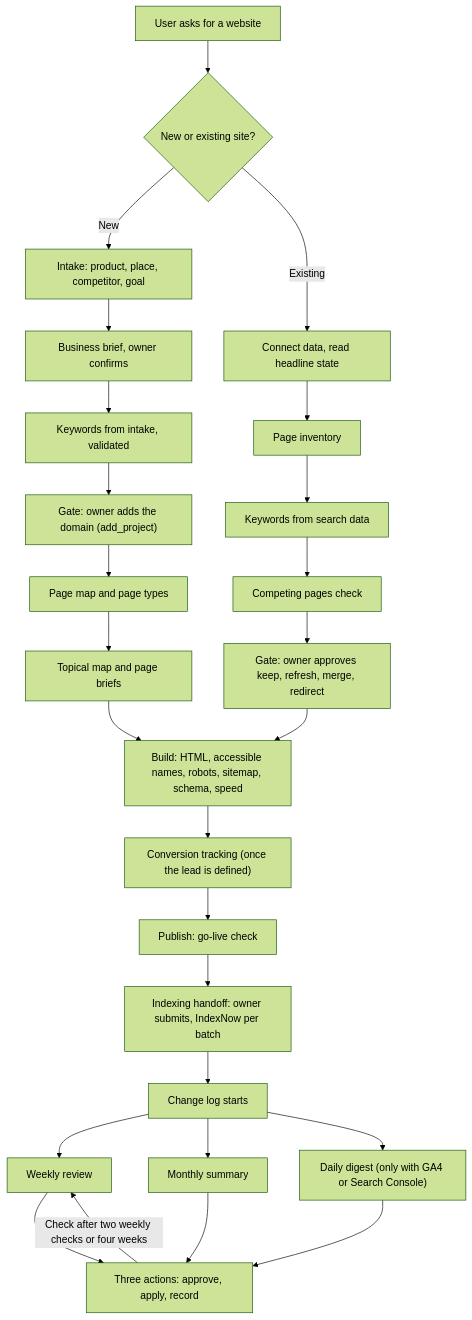
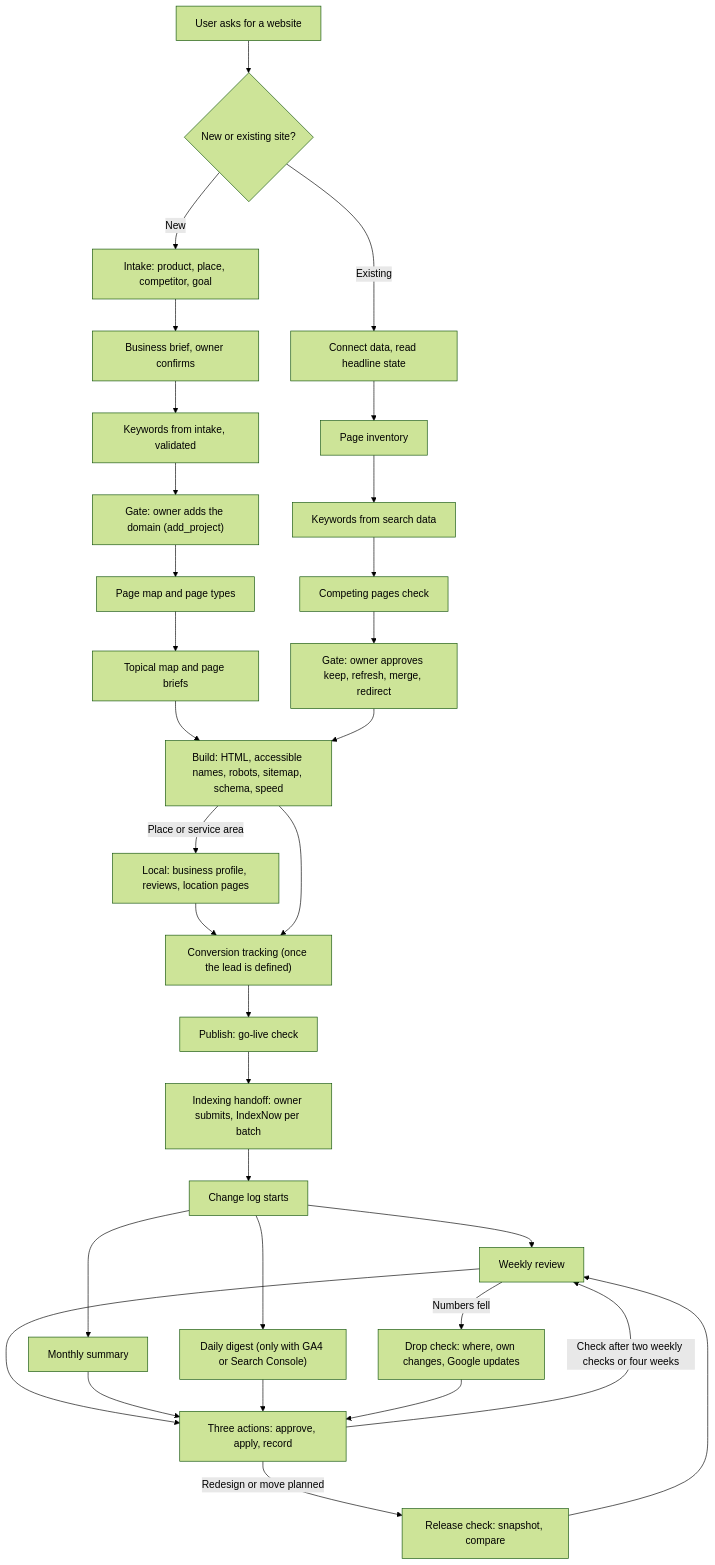
The diagram in README.md (rankmyseo/skill-set), drawn with Mermaid (forest theme) before and after one commit. The commit also changed other lines of this file and 11 other files, not shown here.

First line of the commit message:
Add /seo commands, seo-local, drop and release checks; animated README hero

````diff
--- a/README.md
+++ b/README.md
@@ -11,28 +61,34 @@
 ```mermaid
 flowchart TD
     A["User asks for a website"] --> B{"New or existing site?"}
     B -->|New| N1["Intake: product, place, competitor, goal"]
     N1 --> N2["Business brief, owner confirms"]
     N2 --> N3["Keywords from intake, validated"]
     N3 --> N4["Gate: owner adds the domain (add_project)"]
     N4 --> N5["Page map and page types"]
     N5 --> N6["Topical map and page briefs"]
     B -->|Existing| E1["Connect data, read headline state"]
     E1 --> E2["Page inventory"]
     E2 --> E3["Keywords from search data"]
     E3 --> E4["Competing pages check"]
     E4 --> E5["Gate: owner approves keep, refresh, merge, redirect"]
     N6 --> BLD["Build: HTML, accessible names, robots, sitemap, schema, speed"]
     E5 --> BLD
+    BLD -->|"Place or service area"| LOC["Local: business profile, reviews, location pages"]
+    LOC --> CONV
     BLD --> CONV["Conversion tracking (once the lead is defined)"]
     CONV --> PUB["Publish: go-live check"]
     PUB --> IDX["Indexing handoff: owner submits, IndexNow per batch"]
     IDX --> LOG["Change log starts"]
     LOG --> WK["Weekly review"]
     LOG --> MO["Monthly summary"]
     LOG --> DD["Daily digest (only with GA4 or Search Console)"]
     WK --> ACT["Three actions: approve, apply, record"]
     MO --> ACT
     DD --> ACT
+    WK -->|"Numbers fell"| DRP["Drop check: where, own changes, Google updates"]
+    DRP --> ACT
+    ACT -->|"Redesign or move planned"| REL["Release check: snapshot, compare"]
+    REL --> WK
     ACT -->|"Check after two weekly checks or four weeks"| WK
 ```
````
